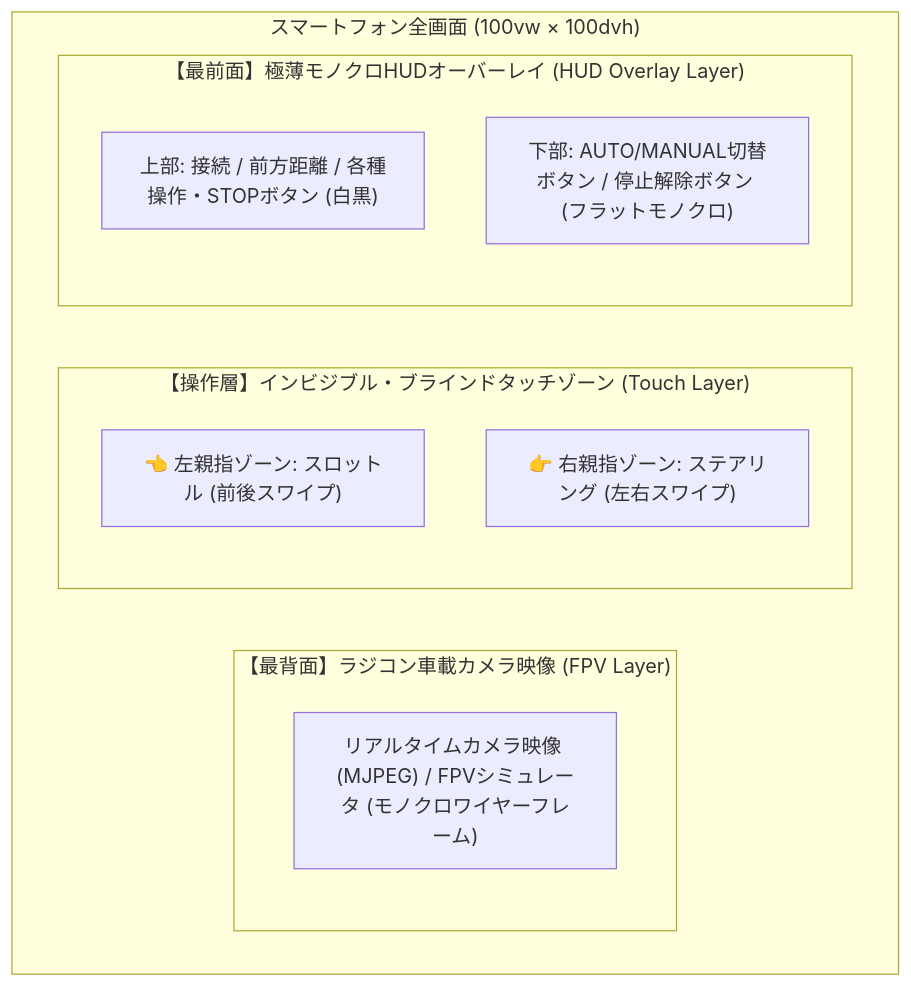
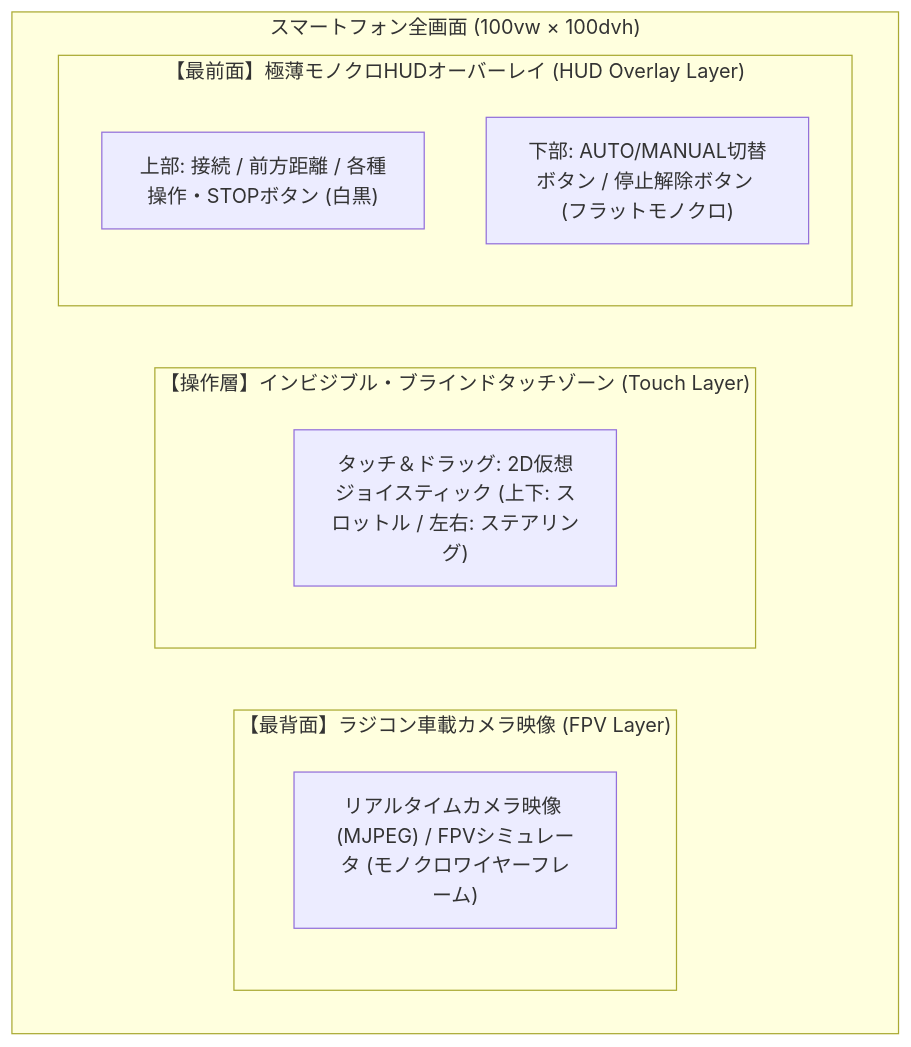
Before and after one commit to tut-cc/mini-4wd-webapp: the first of 3 diagrams in docs/ui-spec.md, drawn with Mermaid. The commit also changed other lines of this file and 4 other files, not shown here.

````diff
--- a/docs/ui-spec.md
+++ b/docs/ui-spec.md
@@ -11,16 +11,15 @@
 ```mermaid
 flowchart TB
     subgraph Viewport["スマートフォン全画面 (100vw × 100dvh)"]
         subgraph Layer1["【最背面】ラジコン車載カメラ映像 (FPV Layer)"]
             L1["リアルタイムカメラ映像 (MJPEG) / FPVシミュレータ (モノクロワイヤーフレーム)"]
         end
         subgraph Layer2["【操作層】インビジブル・ブラインドタッチゾーン (Touch Layer)"]
-            L2A["👈 左親指ゾーン: スロットル (前後スワイプ)"]
-            L2B["👉 右親指ゾーン: ステアリング (左右スワイプ)"]
+            L2["タッチ＆ドラッグ: 2D仮想ジョイスティック (上下: スロットル / 左右: ステアリング)"]
         end
         subgraph Layer3["【最前面】極薄モノクロHUDオーバーレイ (HUD Overlay Layer)"]
             L3A["上部: 接続 / 前方距離 / 各種操作・STOPボタン (白黒)"]
             L3C["下部: AUTO/MANUAL切替ボタン / 停止解除ボタン (フラットモノクロ)"]
         end
     end
 ```
````
